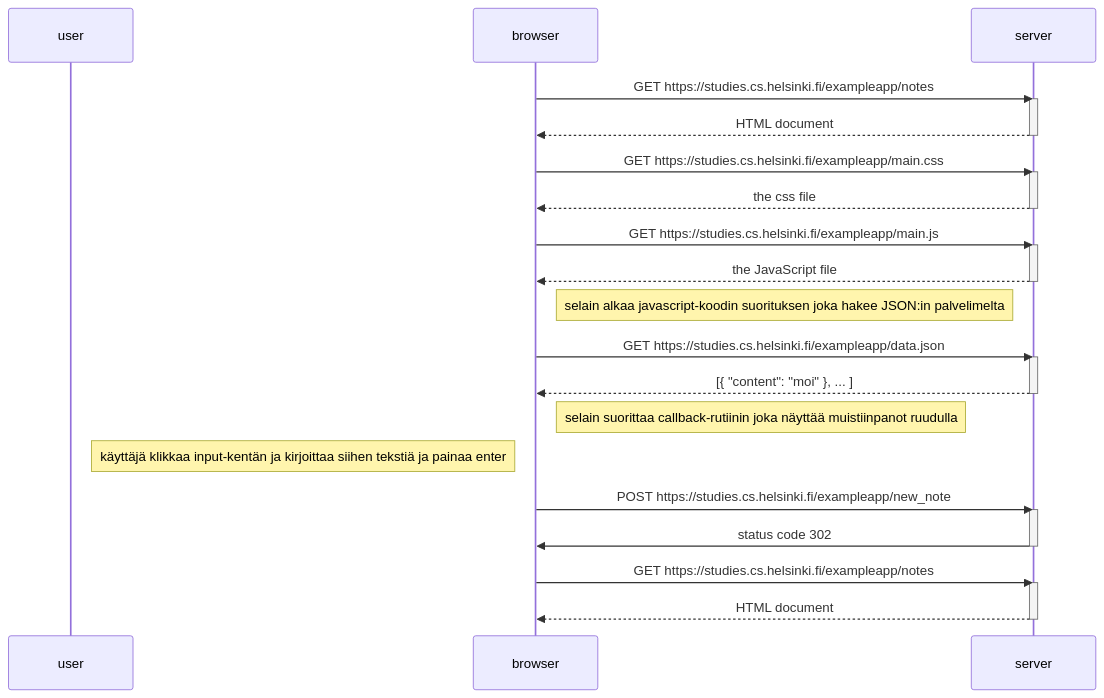
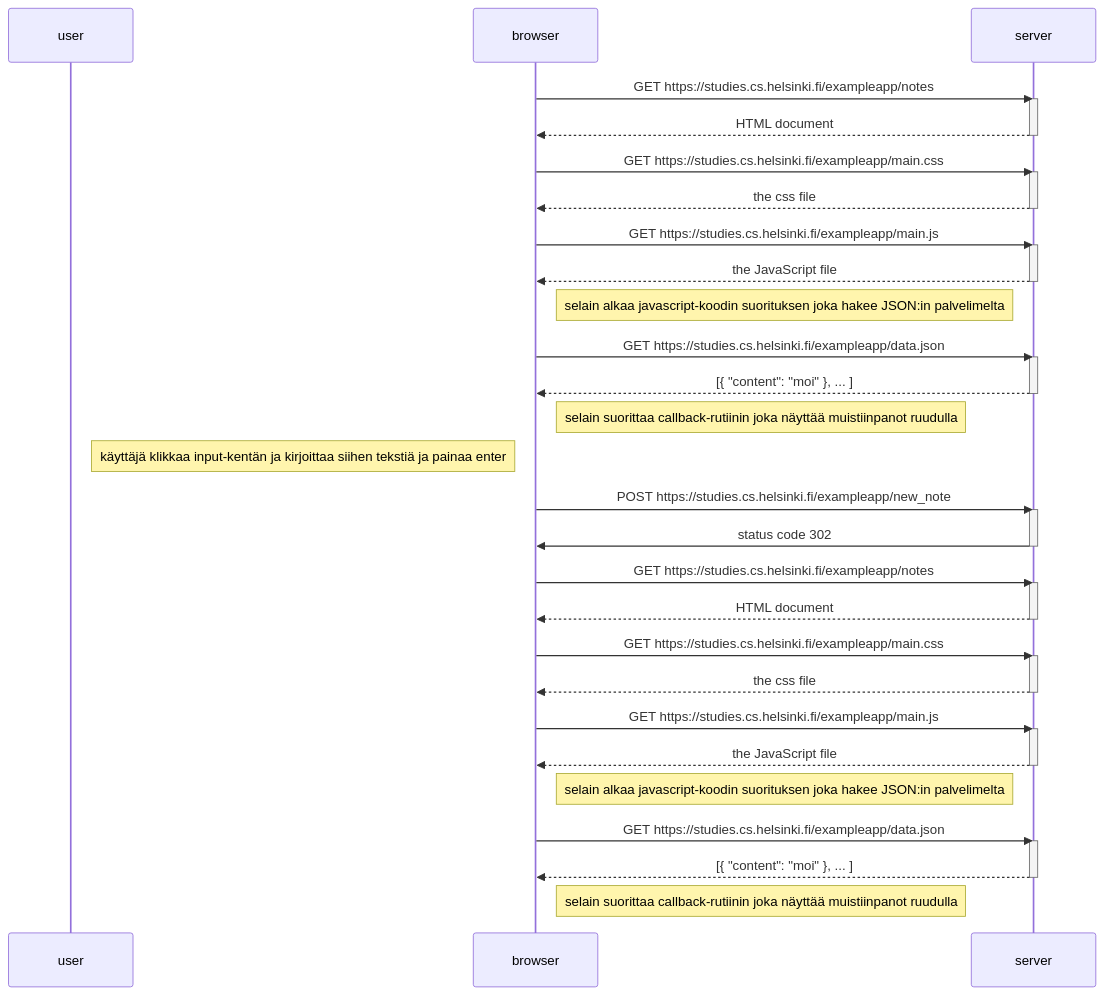
One commit to moocjsi/mooc-harj03 changed the diagram in mermaid-test6.md. Above: the diagram before and after it, drawn with Mermaid.

````diff
--- a/mermaid-test6.md
+++ b/mermaid-test6.md
@@ -1,43 +1,63 @@
 ```mermaid
 sequenceDiagram
     participant user
     participant browser
     participant server
     
     browser->>server: GET https://studies.cs.helsinki.fi/exampleapp/notes
     activate server
     server-->>browser: HTML document
     deactivate server
 
     browser->>server: GET https://studies.cs.helsinki.fi/exampleapp/main.css
     activate server
     server-->>browser: the css file
     deactivate server
 
     browser->>server: GET https://studies.cs.helsinki.fi/exampleapp/main.js
     activate server
     server-->>browser: the JavaScript file
     deactivate server
 
     Note right of browser: selain alkaa  javascript-koodin suorituksen joka hakee JSON:in palvelimelta
 
     browser->>server: GET https://studies.cs.helsinki.fi/exampleapp/data.json
     activate server
     server-->>browser: [{ "content": "moi" }, ... ]
     deactivate server
 
     Note right of browser: selain suorittaa callback-rutiinin joka näyttää muistiinpanot ruudulla
 
     Note right of user: käyttäjä klikkaa input-kentän ja kirjoittaa siihen tekstiä ja painaa enter
 
     browser->>server: POST https://studies.cs.helsinki.fi/exampleapp/new_note
     activate server
     server->>browser: status code 302
     deactivate server
 
     browser->>server: GET https://studies.cs.helsinki.fi/exampleapp/notes
     activate server
     server-->>browser: HTML document
     deactivate server
 
+    browser->>server: GET https://studies.cs.helsinki.fi/exampleapp/main.css
+    activate server
+    server-->>browser: the css file
+    deactivate server
+
+    browser->>server: GET https://studies.cs.helsinki.fi/exampleapp/main.js
+    activate server
+    server-->>browser: the JavaScript file
+    deactivate server
+
+    Note right of browser: selain alkaa  javascript-koodin suorituksen joka hakee JSON:in palvelimelta
+
+    browser->>server: GET https://studies.cs.helsinki.fi/exampleapp/data.json
+    activate server
+    server-->>browser: [{ "content": "moi" }, ... ]
+    deactivate server
+
+    Note right of browser: selain suorittaa callback-rutiinin joka näyttää muistiinpanot ruudulla
+
+
 ```
````
